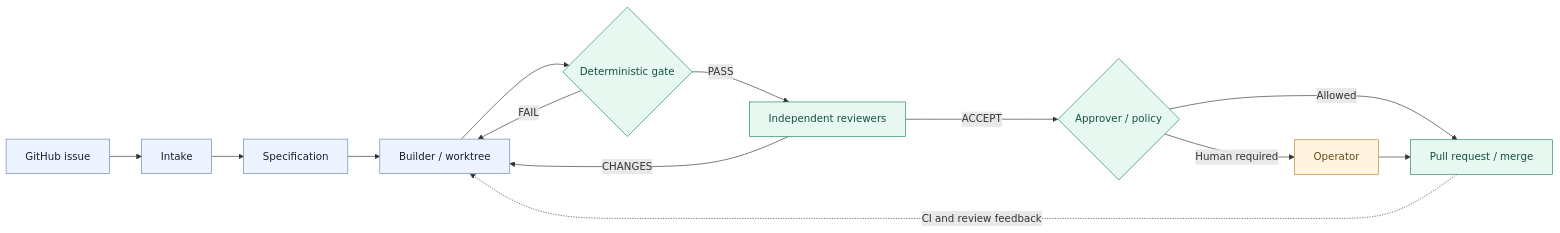
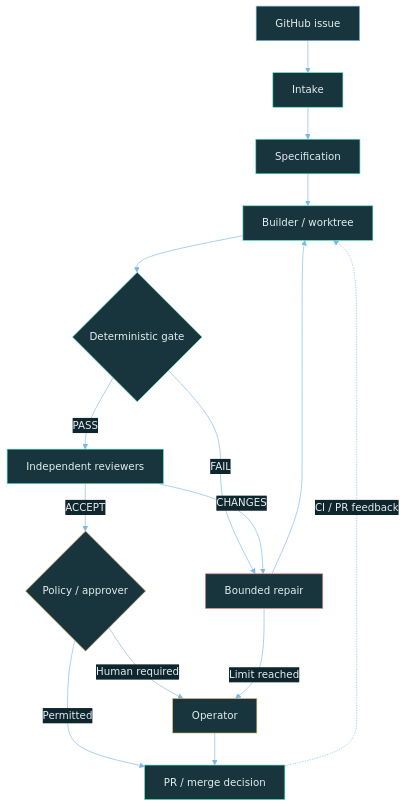
Before and after one commit to harry738/HyperSoftwareFactory: the first of 5 diagrams in README.md, drawn with Mermaid. The commit also changed other lines of this file, not shown here.

````diff
--- a/README.md
+++ b/README.md
@@ -75,21 +128,25 @@
 ```mermaid
-flowchart LR
-    I["GitHub issue"] --> T["Intake"]
-    T --> S["Specification"]
-    S --> B["Builder / worktree"]
+%%{init: {"theme":"base","themeVariables":{"background":"#091b23","primaryColor":"#18343d","primaryTextColor":"#e3eeef","primaryBorderColor":"#55e6bc","lineColor":"#7bb7e4","secondaryColor":"#10262f","tertiaryColor":"#10262f","clusterBkg":"#10262f","clusterBorder":"#3d7470","edgeLabelBackground":"#10262f","fontFamily":"monospace"}}}%%
+flowchart TD
+    I["GitHub issue"] --> T["Intake"] --> S["Specification"] --> B["Builder / worktree"]
     B --> G{"Deterministic gate"}
-    G -- FAIL --> B
+    G -- FAIL --> F["Bounded repair"]
+    F --> B
     G -- PASS --> R["Independent reviewers"]
-    R -- CHANGES --> B
-    R -- ACCEPT --> A{"Approver / policy"}
-    A -- "Human required" --> H["Operator"]
-    A -- "Allowed" --> P["Pull request / merge"]
+    R -- CHANGES --> F
+    R -- ACCEPT --> A{"Policy / approver"}
+    A -- Human required --> H["Operator"]
+    A -- Permitted --> P["PR / merge decision"]
     H --> P
-    P -. "CI and review feedback" .-> B
-    classDef agent fill:#eef4ff,stroke:#6682b5,color:#172033
-    classDef assure fill:#e7f8f1,stroke:#218364,color:#14523f
-    classDef human fill:#fff4df,stroke:#b78329,color:#684a17
-    class I,T,S,B agent
-    class G,R,A,P assure
-    class H human
+    F -- Limit reached --> H
+    P -. CI / PR feedback .-> B
+    classDef factory fill:#18343d,stroke:#55e6bc,color:#e3eeef
+    classDef input fill:#18343d,stroke:#7bb7e4,color:#e3eeef
+    classDef decision fill:#18343d,stroke:#e8bc70,color:#e3eeef
+    classDef blocked fill:#18343d,stroke:#f27e75,color:#e3eeef
+    classDef learning fill:#18343d,stroke:#bdabed,color:#e3eeef
+    class I input
+    class T,S,B,G,R,P factory
+    class A,H decision
+    class F blocked
 ```
````
